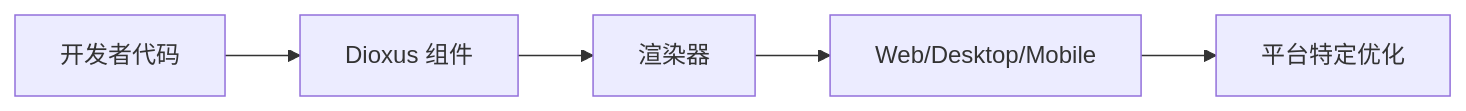
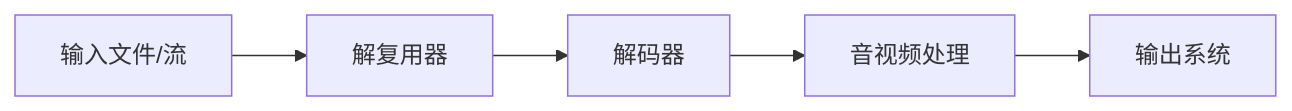
Before and after one commit to wayyoungboy/github-trending-reporter: diagram 11 of 11 in reports/2026/01/2026-01-12.md, drawn with Mermaid. The commit also changed other lines of this file and 1 other file, not shown here.

````diff
--- a/reports/2026/01/2026-01-12.md
+++ b/reports/2026/01/2026-01-12.md
@@ -264,7 +576,7 @@
 ```mermaid
 graph LR
-    A[开发者代码] --> B[Dioxus 组件]
-    B --> C[渲染器]
-    C --> D[Web/Desktop/Mobile]
-    D --> E[平台特定优化]
+    A[输入文件/流] --> B[解复用器]
+    B --> C[解码器]
+    C --> D[音视频处理]
+    D --> E[输出系统]
 ```
````
